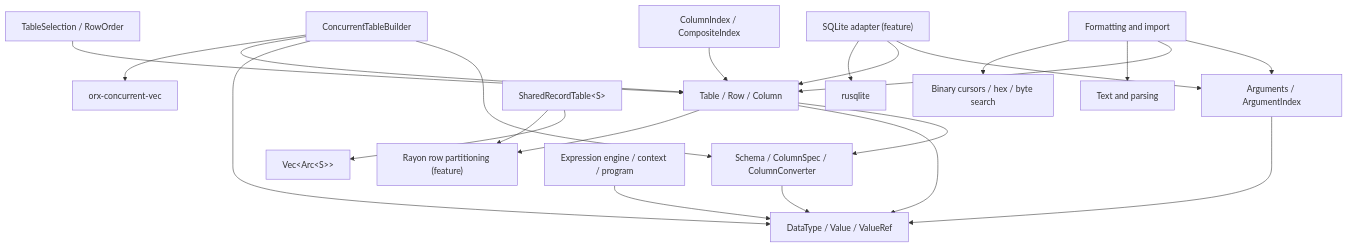
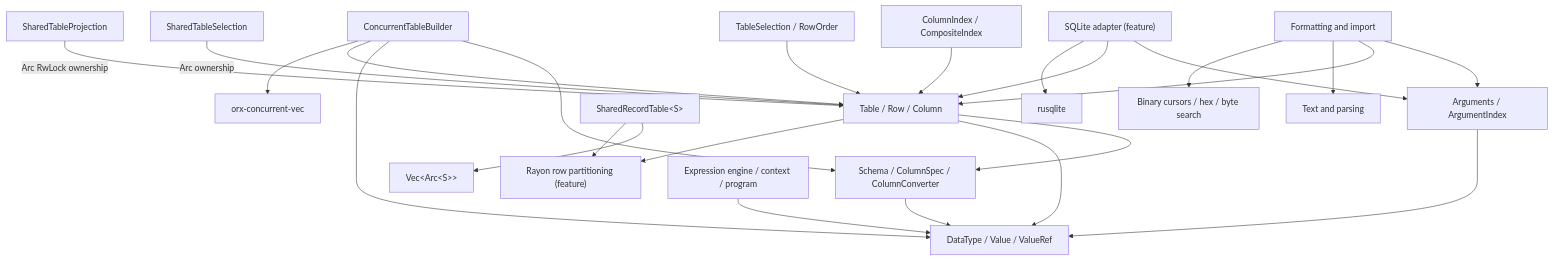
The first of 3 diagrams in docs/high-level/architecture.md (kjn-void/gd-rs), drawn with Mermaid before and after one commit. The commit also changed other lines of this file and 41 other files, not shown here.

First line of the commit message:
Add shared table views and opt-in interned string columns

````diff
--- a/docs/high-level/architecture.md
+++ b/docs/high-level/architecture.md
@@ -14,26 +14,28 @@
 ```mermaid
 flowchart TD
     Arguments["Arguments / ArgumentIndex"] --> Value["DataType / Value / ValueRef"]
     Schema["Schema / ColumnSpec / ColumnConverter"] --> Value
     Table["Table / Row / Column"] --> Schema
     Table --> Value
     Builder["ConcurrentTableBuilder"] --> Schema
     Builder --> Value
     Builder --> Table
     Builder --> Orx["orx-concurrent-vec"]
     ColumnIndex["ColumnIndex / CompositeIndex"] --> Table
     Selection["TableSelection / RowOrder"] --> Table
+    SharedSelection["SharedTableSelection"] -->|"Arc ownership"| Table
+    SharedProjection["SharedTableProjection"] -->|"Arc RwLock ownership"| Table
     Table --> Rayon["Rayon row partitioning (feature)"]
     SharedRecords["SharedRecordTable&lt;S&gt;"] --> ArcRecords["Vec&lt;Arc&lt;S&gt;&gt;"]
     SharedRecords --> Rayon
     Binary["Binary cursors / hex / byte search"]
     Text["Text and parsing"]
     Expression["Expression engine / context / program"] --> Value
     Formatting["Formatting and import"] --> Arguments
     Formatting --> Table
     Formatting --> Text
     Formatting --> Binary
     SQLite["SQLite adapter (feature)"] --> Arguments
     SQLite --> Table
     SQLite --> Rusqlite["rusqlite"]
 ```
````
